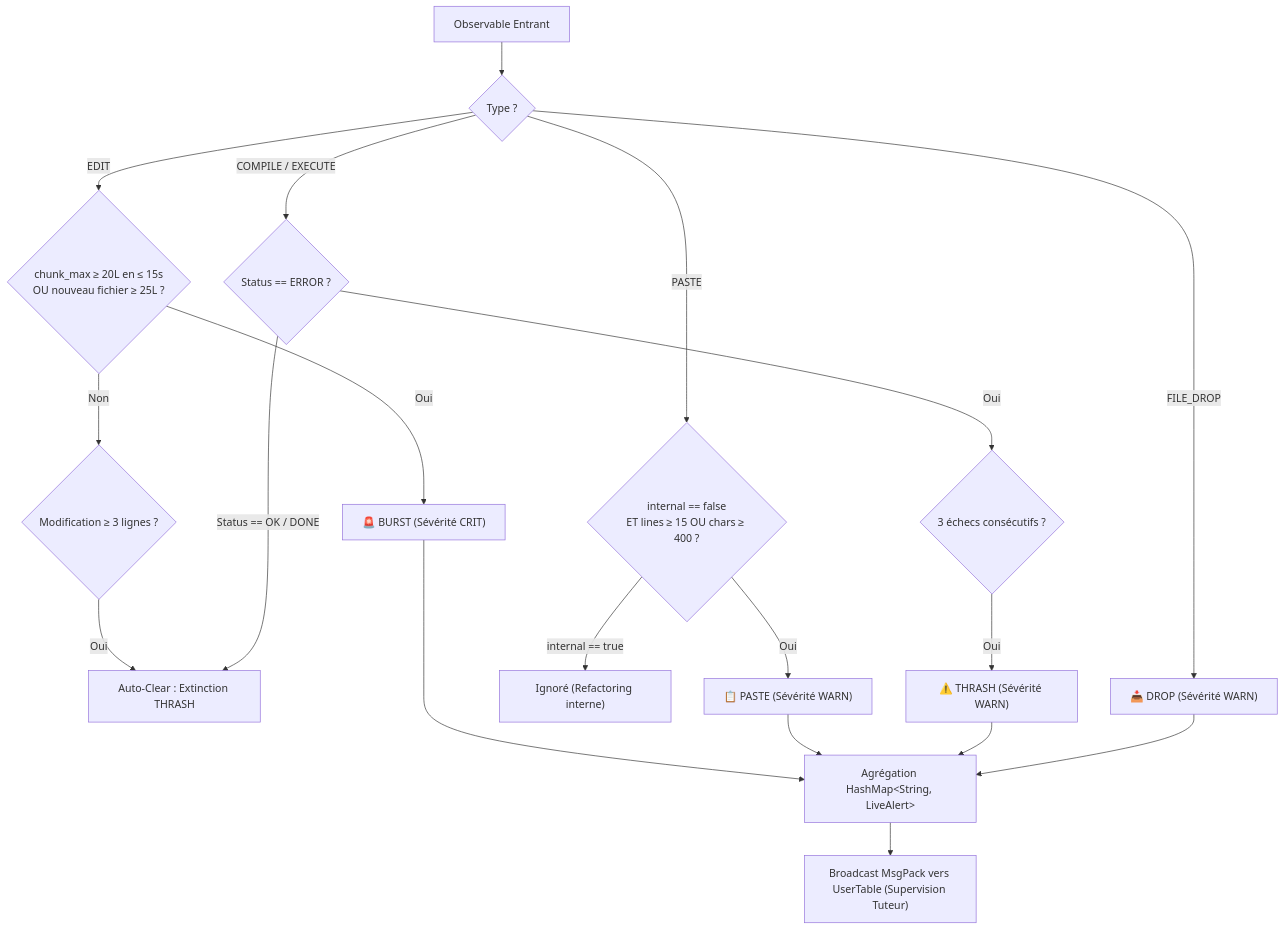
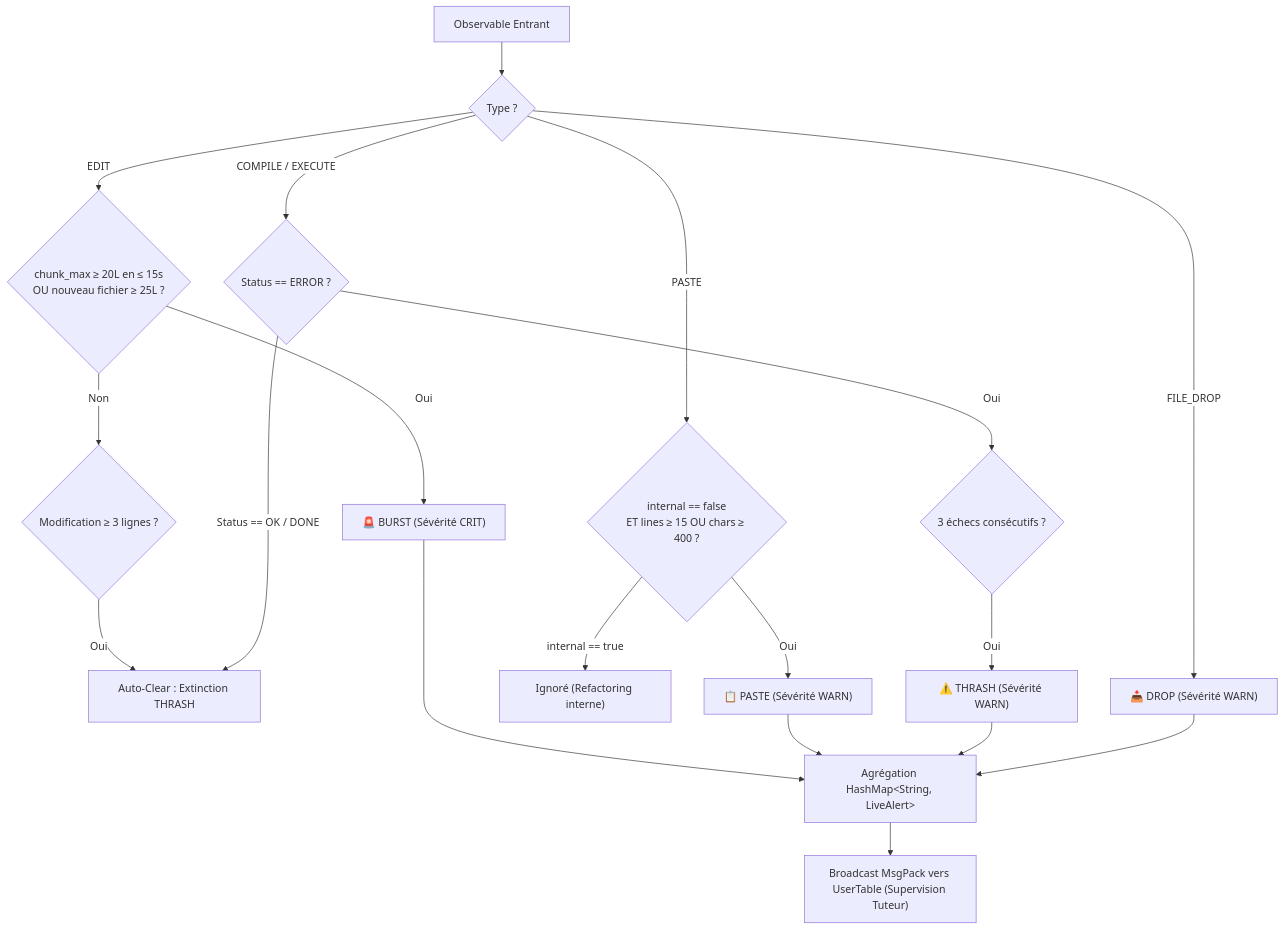
The third of 5 diagrams in docs/ACTIVITY_TRACKING.md (jlehuen/CodeLab), drawn with Mermaid before and after one commit. The commit also changed other lines of this file and 1 other file, not shown here.

Commit message:
docs: configuration du fond blanc pur pour les labels de transitions dans les diagrammes Mermaid

````diff
--- a/docs/ACTIVITY_TRACKING.md
+++ b/docs/ACTIVITY_TRACKING.md
@@ -247,23 +249,24 @@
 ```mermaid
+%%{init: {'themeVariables': { 'edgeLabelBackground': '#ffffff', 'tertiaryColor': '#ffffff' }}}%%
 flowchart TD
     E[Observable Entrant] --> C1{Type ?}
 
     C1 -->|EDIT| B1{chunk_max ≥ 20L en ≤ 15s<br>OU nouveau fichier ≥ 25L ?}
     B1 -->|Oui| A1["🚨 BURST (Sévérité CRIT)"]
     B1 -->|Non| AC1{Modification ≥ 3 lignes ?}
     AC1 -->|Oui| CL["Auto-Clear : Extinction THRASH"]
 
     C1 -->|PASTE| B2{internal == false<br>ET lines ≥ 15 OU chars ≥ 400 ?}
     B2 -->|Oui| A2["📋 PASTE (Sévérité WARN)"]
     B2 -->|internal == true| NOP["Ignoré (Refactoring interne)"]
 
     C1 -->|COMPILE / EXECUTE| B3{Status == ERROR ?}
     B3 -->|Oui| B4{3 échecs consécutifs ?}
     B4 -->|Oui| A3["⚠️ THRASH (Sévérité WARN)"]
     B3 -->|Status == OK / DONE| CL
 
     C1 -->|FILE_DROP| A4["📥 DROP (Sévérité WARN)"]
 
     A1 & A2 & A3 & A4 --> H["Agrégation HashMap&lt;String, LiveAlert&gt;"]
     H --> T["Broadcast MsgPack vers UserTable (Supervision Tuteur)"]
 ```
````
